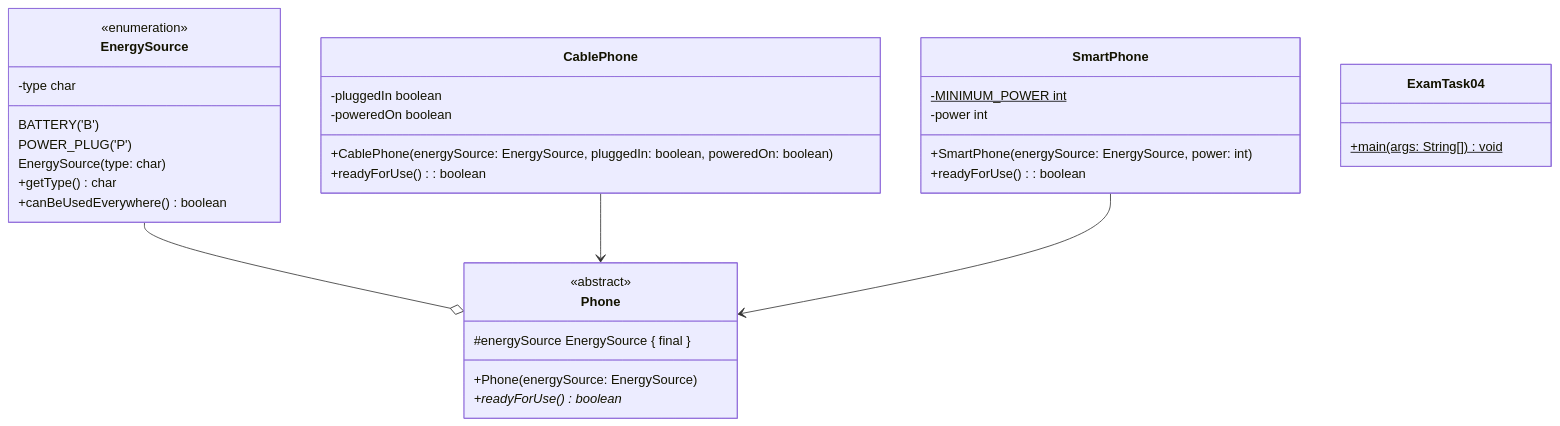
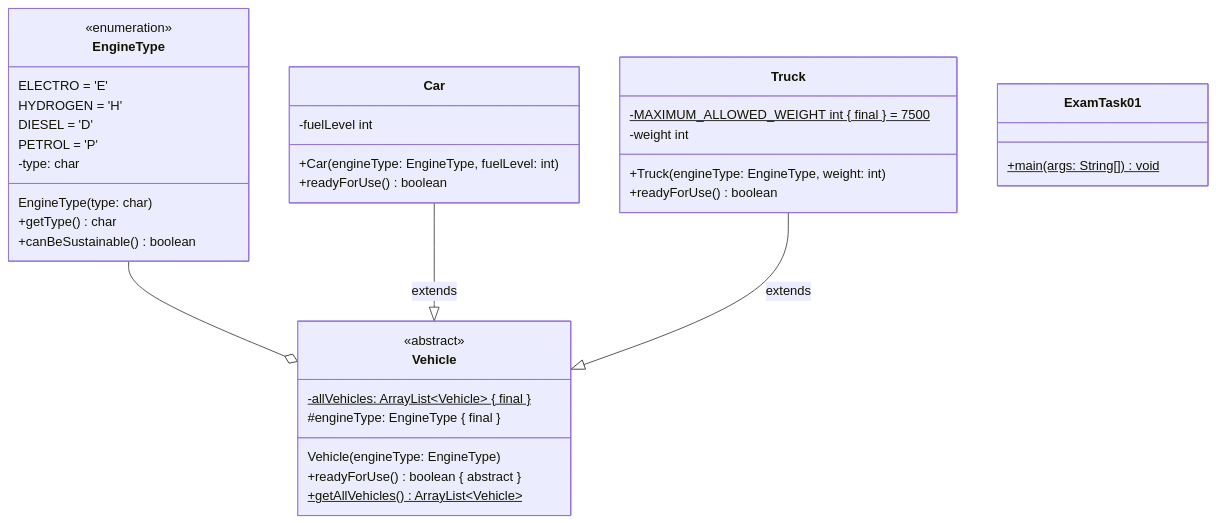
The diagram in docs/additional-material/steffen/java-1/exam-preparation/2024.mdx (jappuccini/java-docs), drawn with Mermaid before and after one commit. The commit also changed other lines of this file, not shown here.

Commit message:
add task for java 1 preparation

````diff
--- a/docs/additional-material/steffen/java-1/exam-preparation/2024.mdx
+++ b/docs/additional-material/steffen/java-1/exam-preparation/2024.mdx
@@ -260,42 +14,48 @@
 ```mermaid
 classDiagram
+  EngineType --o Vehicle
+  Car --|> Vehicle : extends
+  Truck --|> Vehicle : extends
 
-  EnergySource --o Phone
-  CablePhone --> Phone
-  SmartPhone --> Phone
+  class Vehicle {
+    <<abstract>>
+    -allVehicles: ArrayList~Vehicle~ &lcub; final &rcub; $
+    #engineType: EngineType &lcub; final &rcub;
 
-  class EnergySource {
-    <<enumeration>>
-    BATTERY('B')
-    POWER_PLUG('P')
-    -type char
-    EnergySource(type: char)
-    +getType() char
-    +canBeUsedEverywhere() boolean
+    Vehicle(engineType: EngineType)
+    +readyForUse() boolean &lcub; abstract &rcub;
+    +getAllVehicles() ArrayList~Vehicle~ $
   }
 
-  class Phone {
-    <<abstract>>
-    #energySource EnergySource &lcub; final &rcub;
-    +Phone(energySource: EnergySource)
-    +readyForUse()* boolean
+  class EngineType {
+    <<enumeration>>
+    ELECTRO = 'E'
+    HYDROGEN = 'H'
+    DIESEL = 'D'
+    PETROL = 'P'
+    -type: char
+
+    EngineType(type: char)
+    +getType() char
+    +canBeSustainable() boolean
   }
 
-  class CablePhone {
-    -pluggedIn boolean
-    -poweredOn boolean
-    +CablePhone(energySource: EnergySource, pluggedIn: boolean, poweredOn: boolean)
-    +readyForUse(): boolean
+  class Car {
+    -fuelLevel int
+
+    +Car(engineType: EngineType, fuelLevel: int)
+    +readyForUse() boolean
   }
 
-  class SmartPhone {
-    -MINIMUM_POWER int$
-    -power int
-    +SmartPhone(energySource: EnergySource, power: int)
-    +readyForUse(): boolean
+  class Truck {
+    -MAXIMUM_ALLOWED_WEIGHT int &lcub; final &rcub; = 7500$
+    -weight int
+
+    +Truck(engineType: EngineType, weight: int)
+    +readyForUse() boolean
   }
 
-  class ExamTask04 {
-    +main(args: String[])$ void
+  class ExamTask01 {
+    +main(args: String[]) void$
   }
 ```
````
